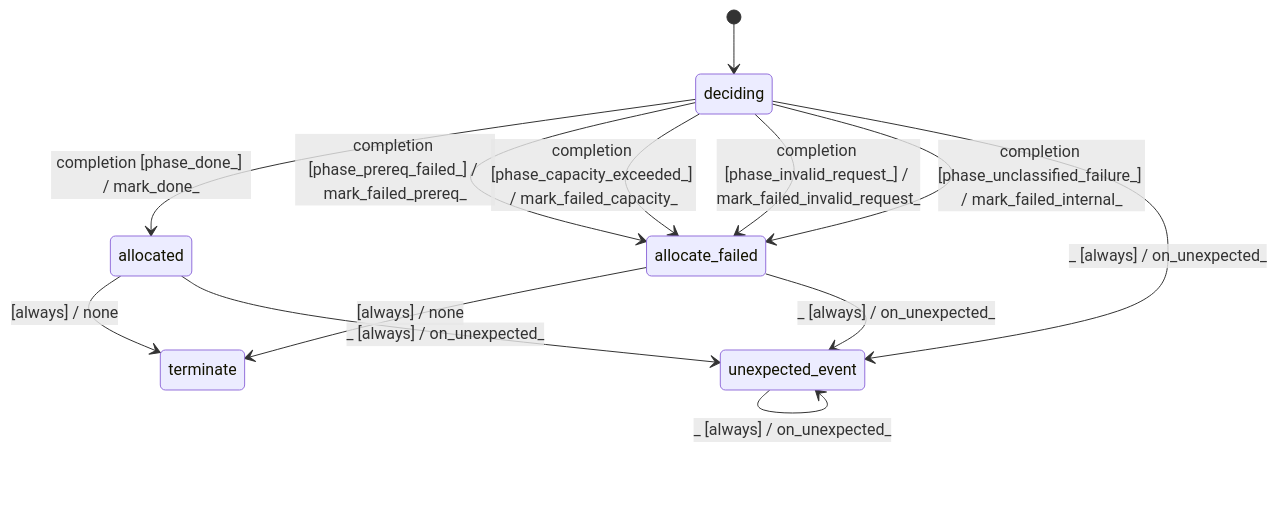
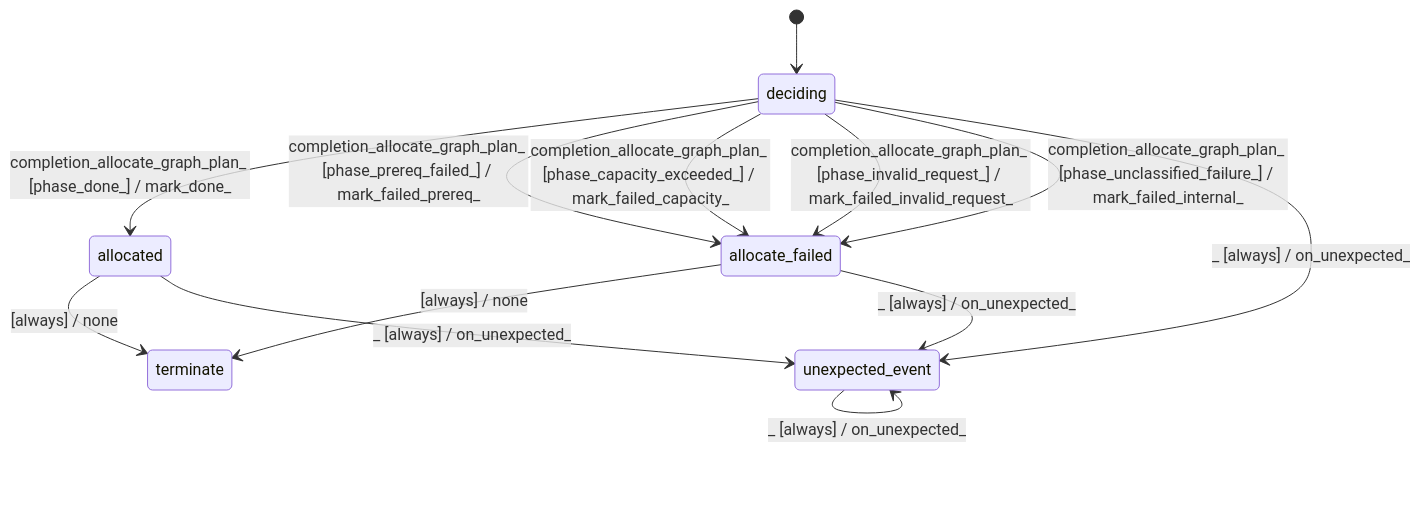
One commit to stateforward/emel.cpp changed the diagram in docs/architecture/graph_allocator_placement_pass.md. Above: the diagram before and after it, drawn with Mermaid. The commit also changed other lines of this file and 56 other files, not shown here.

Commit message:
docsgen: render typed completion events in generated diagrams

````diff
--- a/docs/architecture/graph_allocator_placement_pass.md
+++ b/docs/architecture/graph_allocator_placement_pass.md
@@ -7,16 +7,16 @@
 ```mermaid
 stateDiagram-v2
   direction TB
   [*] --> deciding
-  deciding --> allocated : completion [phase_done_] / mark_done_
-  deciding --> allocate_failed : completion [phase_prereq_failed_] / mark_failed_prereq_
-  deciding --> allocate_failed : completion [phase_capacity_exceeded_] / mark_failed_capacity_
-  deciding --> allocate_failed : completion [phase_invalid_request_] / mark_failed_invalid_request_
-  deciding --> allocate_failed : completion [phase_unclassified_failure_] / mark_failed_internal_
+  deciding --> allocated : completion_allocate_graph_plan_ [phase_done_] / mark_done_
+  deciding --> allocate_failed : completion_allocate_graph_plan_ [phase_prereq_failed_] / mark_failed_prereq_
+  deciding --> allocate_failed : completion_allocate_graph_plan_ [phase_capacity_exceeded_] / mark_failed_capacity_
+  deciding --> allocate_failed : completion_allocate_graph_plan_ [phase_invalid_request_] / mark_failed_invalid_request_
+  deciding --> allocate_failed : completion_allocate_graph_plan_ [phase_unclassified_failure_] / mark_failed_internal_
   allocated --> terminate : [always] / none
   allocate_failed --> terminate : [always] / none
   deciding --> unexpected_event : _ [always] / on_unexpected_
   allocated --> unexpected_event : _ [always] / on_unexpected_
   allocate_failed --> unexpected_event : _ [always] / on_unexpected_
   unexpected_event --> unexpected_event : _ [always] / on_unexpected_
 ```
````
